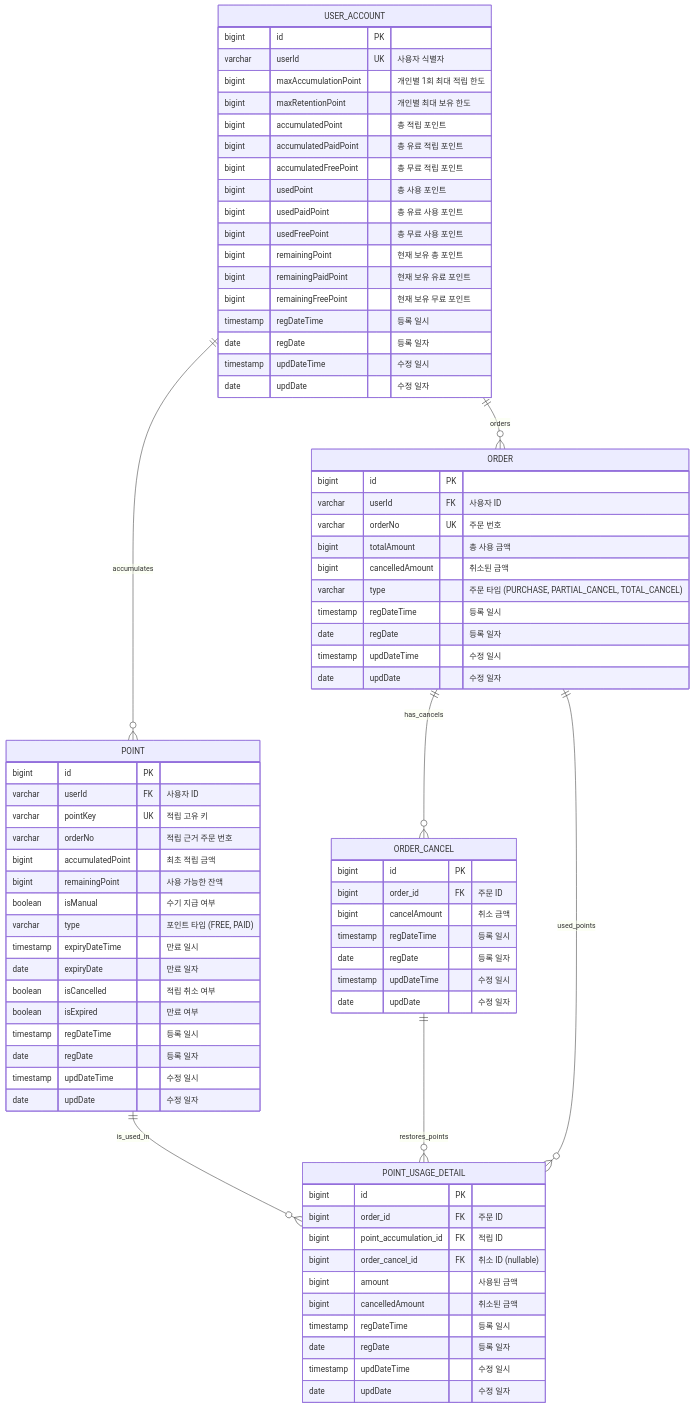
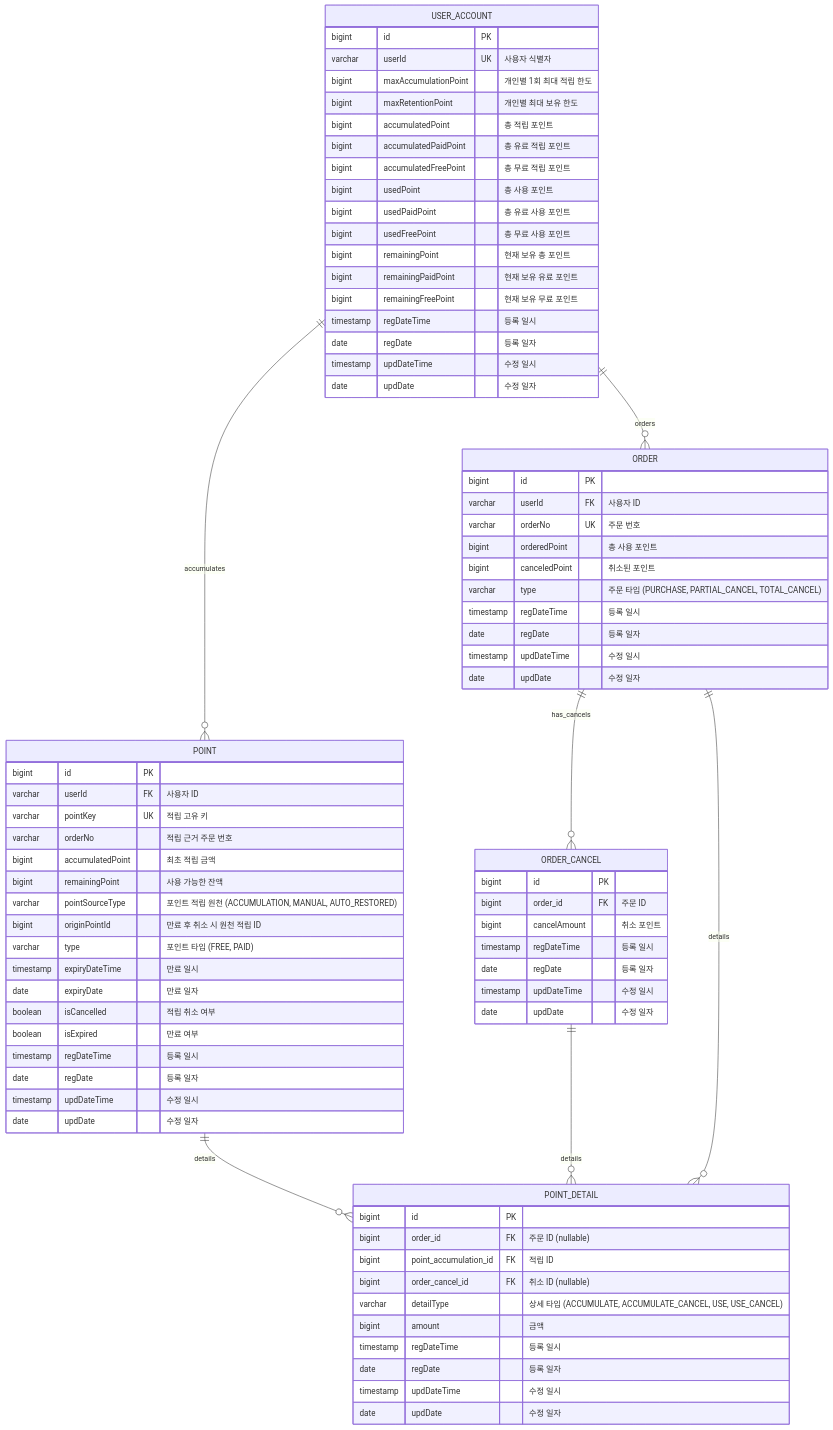
Before and after one commit to muzzaiwork/point: the diagram in docs/데이터베이스 설계.md, drawn with Mermaid. The commit also changed other lines of this file and 25 other files, not shown here.

```diff
--- a/docs/데이터베이스 설계.md
+++ b/docs/데이터베이스 설계.md
@@ -7,9 +7,9 @@
     USER_ACCOUNT ||--o{ POINT : "accumulates"
     USER_ACCOUNT ||--o{ ORDER : "orders"
     ORDER ||--o{ ORDER_CANCEL : "has_cancels"
-    ORDER ||--o{ POINT_USAGE_DETAIL : "used_points"
-    POINT ||--o{ POINT_USAGE_DETAIL : "is_used_in"
-    ORDER_CANCEL ||--o{ POINT_USAGE_DETAIL : "restores_points"
+    ORDER ||--o{ POINT_DETAIL : "details"
+    POINT ||--o{ POINT_DETAIL : "details"
+    ORDER_CANCEL ||--o{ POINT_DETAIL : "details"
 
     USER_ACCOUNT {
         bigint id PK
@@ -38,7 +38,8 @@
         varchar orderNo "적립 근거 주문 번호"
         bigint accumulatedPoint "최초 적립 금액"
         bigint remainingPoint "사용 가능한 잔액"
-        boolean isManual "수기 지급 여부"
+        varchar pointSourceType "포인트 적립 원천 (ACCUMULATION, MANUAL, AUTO_RESTORED)"
+        bigint originPointId "만료 후 취소 시 원천 적립 ID"
         varchar type "포인트 타입 (FREE, PAID)"
         timestamp expiryDateTime "만료 일시"
         date expiryDate "만료 일자"
@@ -54,8 +55,8 @@
         bigint id PK
         varchar userId FK "사용자 ID"
         varchar orderNo UK "주문 번호"
-        bigint totalAmount "총 사용 금액"
-        bigint cancelledAmount "취소된 금액"
+        bigint orderedPoint "총 사용 포인트"
+        bigint canceledPoint "취소된 포인트"
         varchar type "주문 타입 (PURCHASE, PARTIAL_CANCEL, TOTAL_CANCEL)"
         timestamp regDateTime "등록 일시"
         date regDate "등록 일자"
@@ -66,20 +67,20 @@
     ORDER_CANCEL {
         bigint id PK
         bigint order_id FK "주문 ID"
-        bigint cancelAmount "취소 금액"
+        bigint cancelAmount "취소 포인트"
         timestamp regDateTime "등록 일시"
         date regDate "등록 일자"
         timestamp updDateTime "수정 일시"
         date updDate "수정 일자"
     }
 
-    POINT_USAGE_DETAIL {
+    POINT_DETAIL {
         bigint id PK
-        bigint order_id FK "주문 ID"
+        bigint order_id FK "주문 ID (nullable)"
         bigint point_accumulation_id FK "적립 ID"
         bigint order_cancel_id FK "취소 ID (nullable)"
-        bigint amount "사용된 금액"
-        bigint cancelledAmount "취소된 금액"
+        varchar detailType "상세 타입 (ACCUMULATE, ACCUMULATE_CANCEL, USE, USE_CANCEL)"
+        bigint amount "금액"
         timestamp regDateTime "등록 일시"
         date regDate "등록 일자"
         timestamp updDateTime "수정 일시"
```
